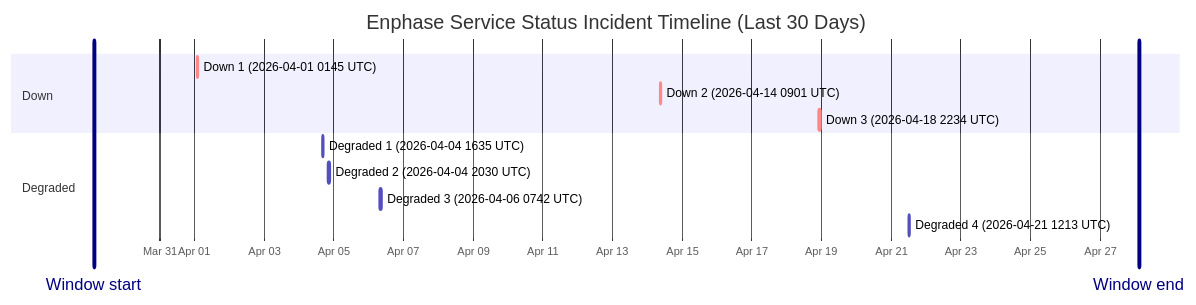
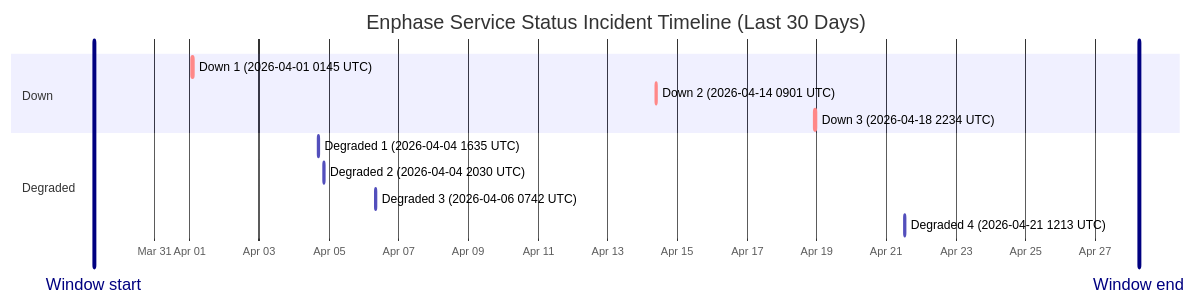
Before and after one commit to barneyonline/ha-enphase-ev-charger: the diagram in wiki/Service-Status-History.md, drawn with Mermaid. The commit also changed other lines of this file and 3 other files, not shown here.

````diff
--- a/wiki/Service-Status-History.md
+++ b/wiki/Service-Status-History.md
@@ -14,17 +14,17 @@
 ```mermaid
 gantt
     title Enphase Service Status Incident Timeline (Last 30 Days)
     dateFormat  YYYY-MM-DDTHH:mm:ss
     axisFormat  %b %d
-    Window start :vert, window-start, 2026-03-29T02:49:02, 0ms
-    Window end :vert, window-end, 2026-04-28T02:49:02, 0ms
+    Window start :vert, window-start, 2026-03-29T05:58:51, 0ms
+    Window end :vert, window-end, 2026-04-28T05:58:51, 0ms
     section Down
     Down 1 (2026-04-01 0145 UTC) :crit, down-1, 2026-04-01T01:45:09, 60m
     Down 2 (2026-04-14 0901 UTC) :crit, down-2, 2026-04-14T09:01:13, 60m
     Down 3 (2026-04-18 2234 UTC) :crit, down-3, 2026-04-18T22:34:13, 60m
     section Degraded
     Degraded 1 (2026-04-04 1635 UTC) :active, degraded-1, 2026-04-04T16:35:17, 60m
     Degraded 2 (2026-04-04 2030 UTC) :active, degraded-2, 2026-04-04T20:30:40, 60m
     Degraded 3 (2026-04-06 0742 UTC) :active, degraded-3, 2026-04-06T07:42:09, 85m
     Degraded 4 (2026-04-21 1213 UTC) :active, degraded-4, 2026-04-21T12:13:11, 60m
 ```
````
